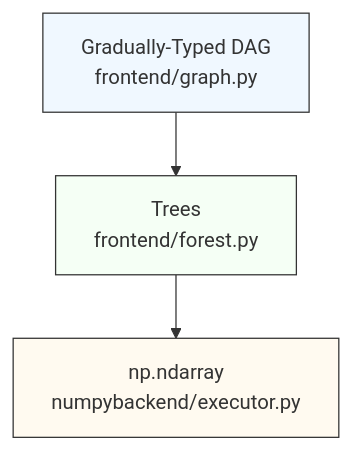
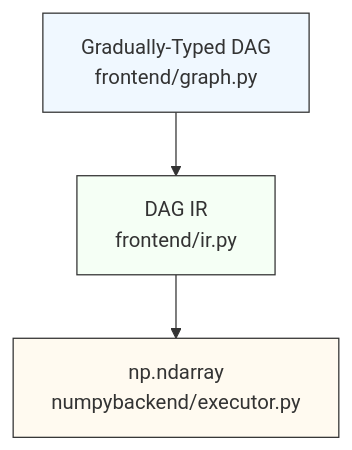
Before and after one commit to fbk-most/civic-digital-twins: the diagram in docs/design/dd-000-engine.md, drawn with Mermaid. The commit also changed other lines of this file and 2 other files, not shown here.

````diff
--- a/docs/design/dd-000-engine.md
+++ b/docs/design/dd-000-engine.md
@@ -166,8 +219,8 @@
 ```mermaid
 flowchart TD
-    A[Gradually-Typed DAG<br/>frontend/graph.py] --> B[Trees<br/>frontend/forest.py]
+    A[Gradually-Typed DAG<br/>frontend/graph.py] --> B[DAG IR<br/>frontend/ir.py]
     B --> C[np.ndarray<br/>numpybackend/executor.py]
     style A fill:#f0f8ff,stroke:#333,stroke-width:1px
     style B fill:#f5fff5,stroke:#333,stroke-width:1px
     style C fill:#fffaf0,stroke:#333,stroke-width:1px
 ```
````
